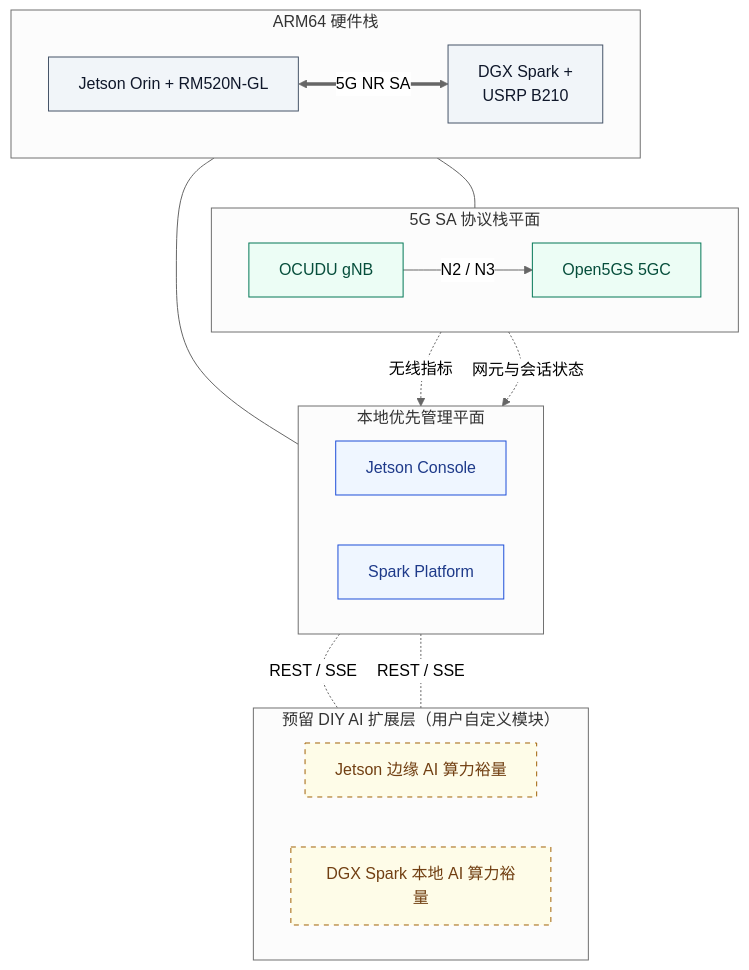
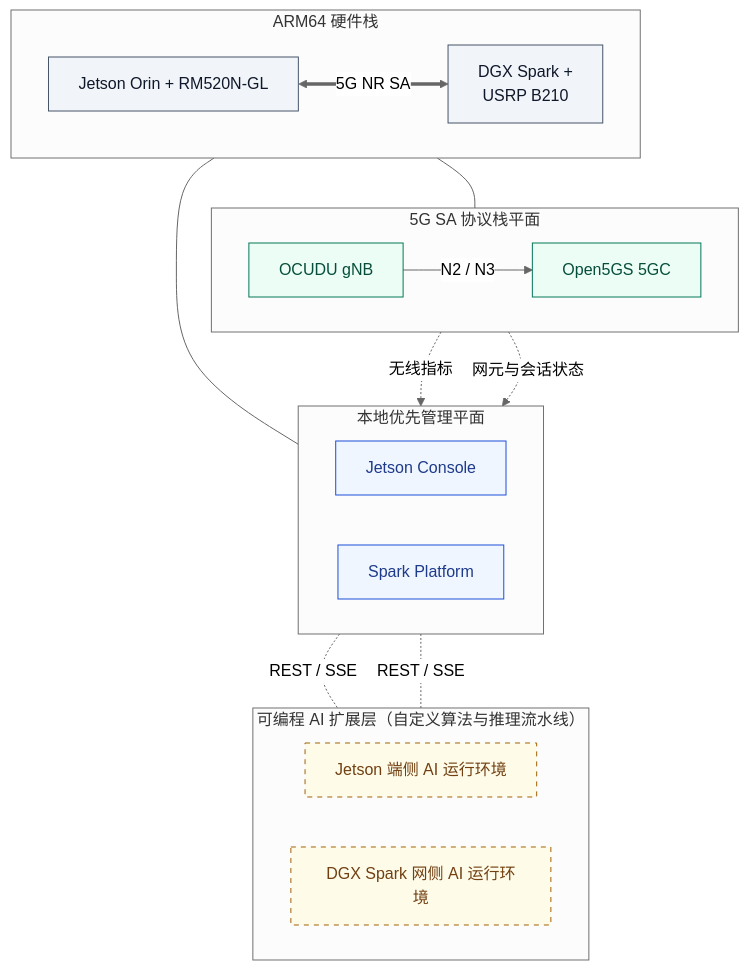
Before and after one commit to HKUOpenSource/OpenAirKit: the diagram in README.zh-CN.md, drawn with Mermaid (neutral theme). The commit also changed other lines of this file and 40 other files, not shown here.

````diff
--- a/README.zh-CN.md
+++ b/README.zh-CN.md
@@ -44,40 +45,40 @@
 ```mermaid
 flowchart TB
   classDef hw fill:#f1f5f9,stroke:#475569,color:#0f172a
   classDef stack fill:#ecfdf5,stroke:#047857,color:#064e3b
   classDef mgmt fill:#eff6ff,stroke:#1d4ed8,color:#1e3a8a
   classDef ai fill:#fefce8,stroke:#a16207,stroke-dasharray:5 5,color:#713f12
 
-  subgraph AI["预留 DIY AI 扩展层（用户自定义模块）"]
+  subgraph AI["可编程 AI 扩展层（自定义算法与推理流水线）"]
     direction LR
-    JAI["Jetson 边缘 AI 算力裕量"]:::ai
-    SAI["DGX Spark 本地 AI 算力裕量"]:::ai
+    JAI["Jetson 端侧 AI 运行环境"]:::ai
+    SAI["DGX Spark 网侧 AI 运行环境"]:::ai
   end
 
   subgraph MGMT["本地优先管理平面"]
     direction LR
     JC["Jetson Console"]:::mgmt
     SP["Spark Platform"]:::mgmt
   end
 
   subgraph STACK["5G SA 协议栈平面"]
     direction LR
     RAN["OCUDU gNB"]:::stack
     CORE["Open5GS 5GC"]:::stack
     RAN -- "N2 / N3" --> CORE
   end
 
   subgraph HW["ARM64 硬件栈"]
     direction LR
     UEHW["Jetson Orin + RM520N-GL"]:::hw
     BSHW["DGX Spark +<br/>USRP B210"]:::hw
     UEHW <== "5G NR SA" ==> BSHW
   end
 
   UEHW --- JC
   BSHW --- RAN
   RAN -. "无线指标" .-> SP
   CORE -. "网元与会话状态" .-> SP
   JC -. "REST / SSE" .- JAI
   SP -. "REST / SSE" .- SAI
 ```
````
